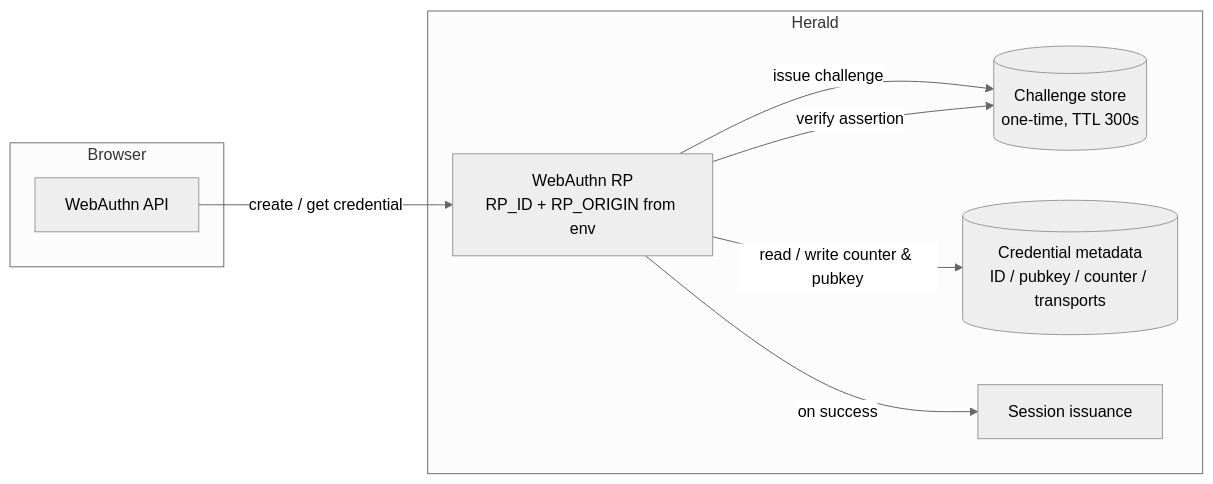
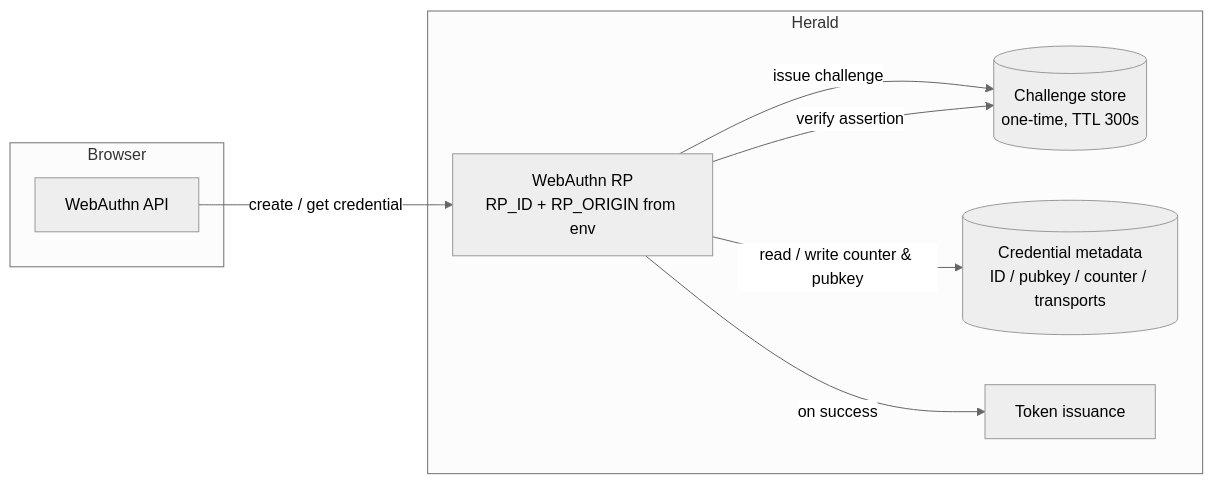
Before and after one commit to ansonTGN/herald: the diagram in docs-web/content/docs/auth-passkey.mdx, drawn with Mermaid (neutral theme). The commit also changed other lines of this file and 126 other files, not shown here.

````diff
--- a/docs-web/content/docs/auth-passkey.mdx
+++ b/docs-web/content/docs/auth-passkey.mdx
@@ -76,19 +76,19 @@
 ```mermaid
 flowchart LR
     subgraph Browser
         UV[WebAuthn API]
     end
 
     subgraph Herald
         RP[WebAuthn RP<br/>RP_ID + RP_ORIGIN from env]
         CS[(Challenge store<br/>one-time, TTL 300s)]
         DB[(Credential metadata<br/>ID / pubkey / counter / transports)]
-        SESS[Session issuance]
+        SESS[Token issuance]
     end
 
     UV -->|create / get credential| RP
     RP -->|issue challenge| CS
     RP -->|verify assertion| CS
     RP -->|read / write counter & pubkey| DB
     RP -->|on success| SESS
 ```
````
